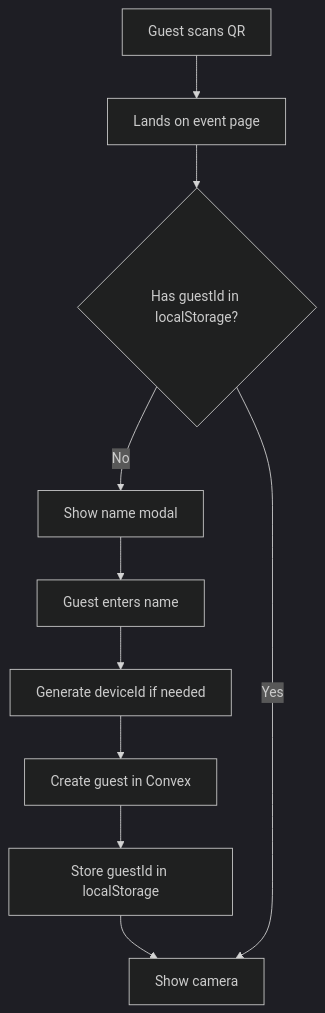
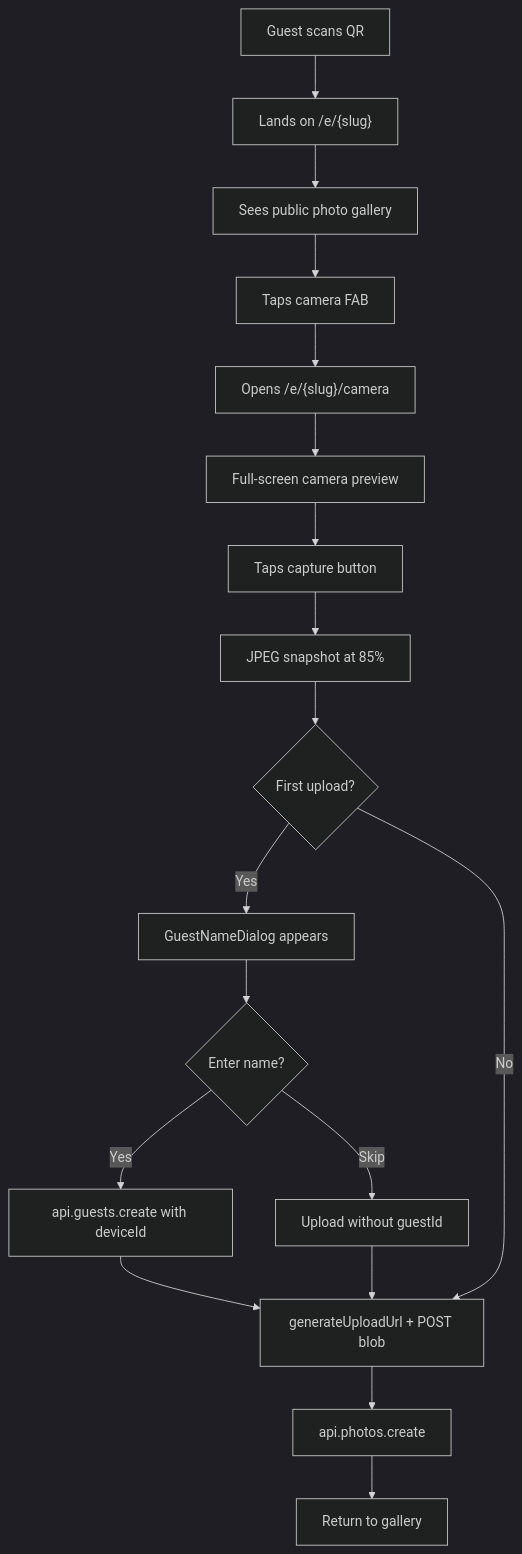
Before and after one commit to nova-chrome/WeWitnessed: the second of 9 diagrams in docs/user-flows.md, drawn with Mermaid (dark theme). The commit also changed other lines of this file and 6 other files, not shown here.

````diff
--- a/docs/user-flows.md
+++ b/docs/user-flows.md
@@ -23,12 +26,20 @@
 ```mermaid
 flowchart TD
-    A[Guest scans QR] --> B[Lands on event page]
-    B --> C{Has guestId in localStorage?}
-    C -->|No| D[Show name modal]
-    D --> E[Guest enters name]
-    E --> F[Generate deviceId if needed]
-    F --> G[Create guest in Convex]
-    G --> H[Store guestId in localStorage]
-    H --> I[Show camera]
-    C -->|Yes| I
+    A[Guest scans QR] --> B["Lands on /e/{slug}"]
+    B --> C[Sees public photo gallery]
+    C --> D[Taps camera FAB]
+    D --> E["Opens /e/{slug}/camera"]
+    E --> F[Full-screen camera preview]
+    F --> G[Taps capture button]
+    G --> H[JPEG snapshot at 85%]
+    H --> I{First upload?}
+    I -->|Yes| J[GuestNameDialog appears]
+    J --> K{Enter name?}
+    K -->|Yes| L[api.guests.create with deviceId]
+    K -->|Skip| M[Upload without guestId]
+    L --> N[generateUploadUrl + POST blob]
+    M --> N
+    I -->|No| N
+    N --> O[api.photos.create]
+    O --> P[Return to gallery]
 ```
````
